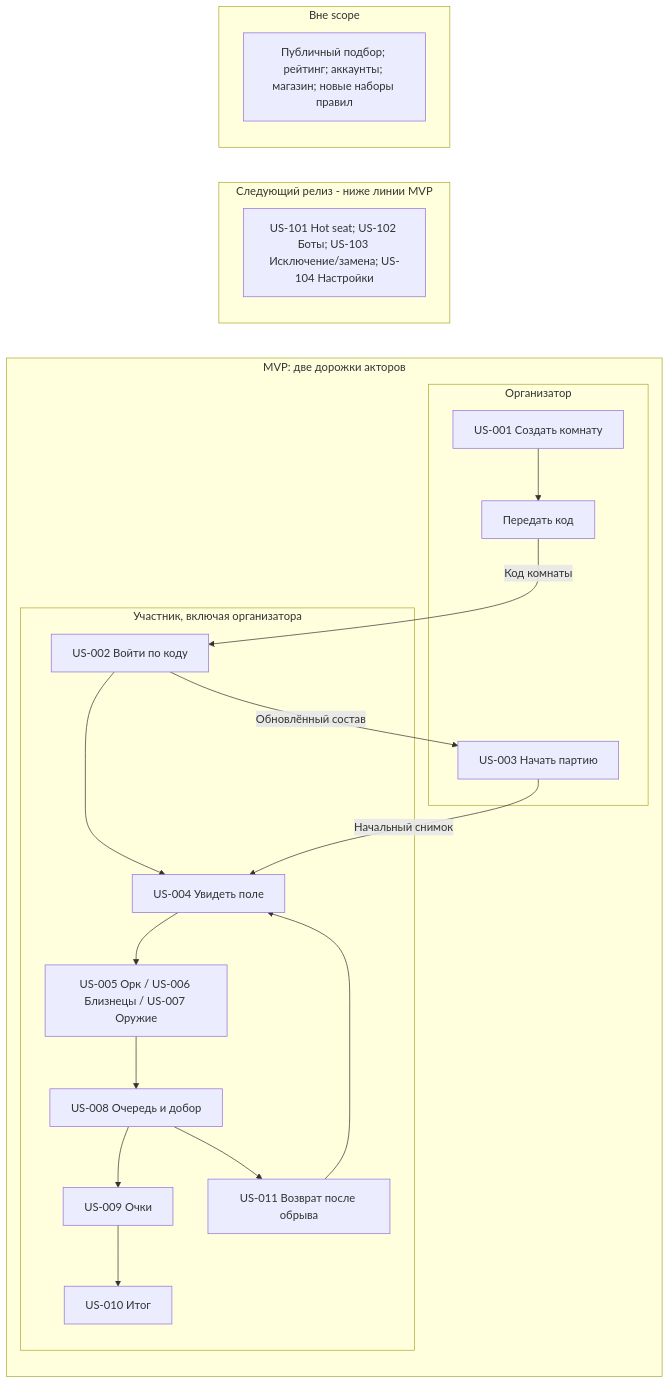
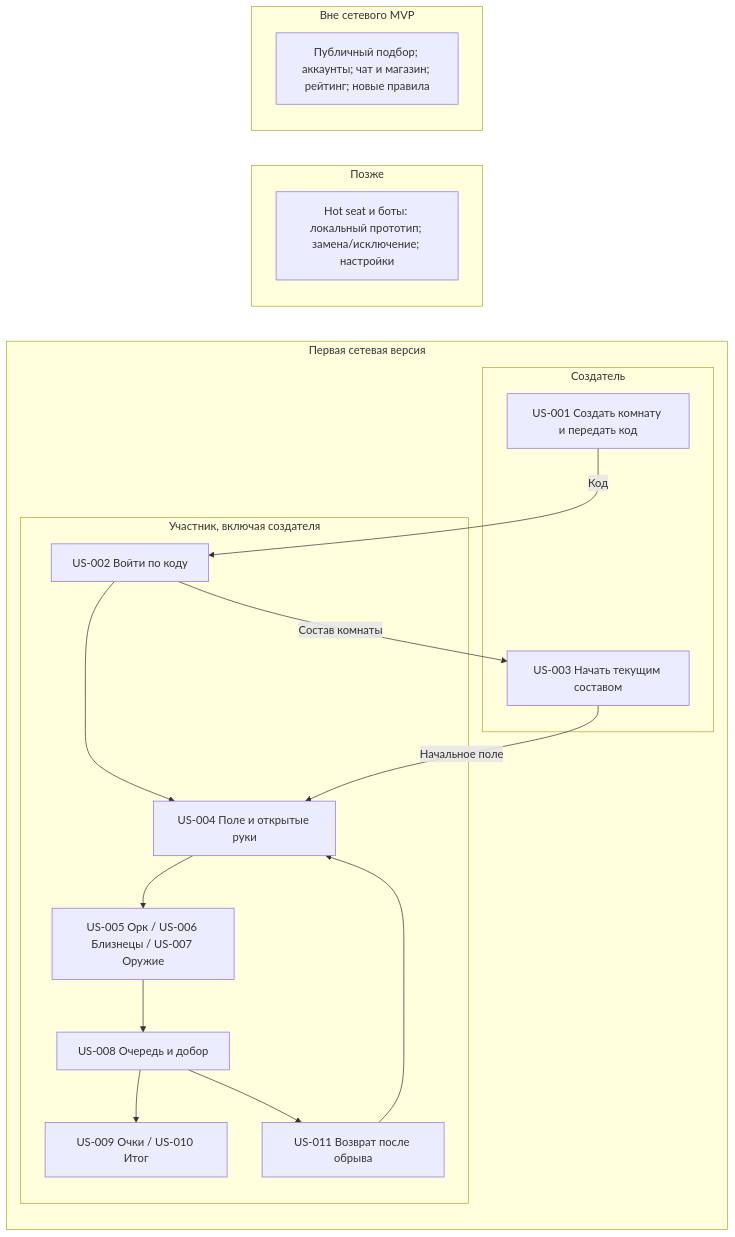
Before and after one commit to dimakogan1234567890/coolest-orc: the diagram in docs/requirements/usm.mmd, drawn with Mermaid. The commit also changed 17 other files, not shown here.

```diff
--- a/docs/requirements/usm.mmd
+++ b/docs/requirements/usm.mmd
@@ -1,22 +1,23 @@
 flowchart LR
- subgraph MVP["MVP: две дорожки акторов"]
-  subgraph HOST["Организатор"]
-   A["US-001 Создать комнату"] --> B["Передать код"]
-   C["US-003 Начать партию"]
+  subgraph MVP["Первая сетевая версия"]
+    subgraph HOST["Создатель"]
+      A["US-001 Создать комнату и передать код"]
+      C["US-003 Начать текущим составом"]
+    end
+    subgraph PLAYER["Участник, включая создателя"]
+      B["US-002 Войти по коду"] --> D["US-004 Поле и открытые руки"]
+      D --> E["US-005 Орк / US-006 Близнецы / US-007 Оружие"]
+      E --> F["US-008 Очередь и добор"]
+      F --> G["US-009 Очки / US-010 Итог"]
+      F --> H["US-011 Возврат после обрыва"] --> D
+    end
+    A -->|"Код"| B
+    B -->|"Состав комнаты"| C
+    C -->|"Начальное поле"| D
   end
-  subgraph PLAYER["Участник, включая организатора"]
-   D["US-002 Войти по коду"] --> E["US-004 Увидеть поле"]
-   E --> F["US-005 Орк / US-006 Близнецы / US-007 Оружие"]
-   F --> G["US-008 Очередь и добор"] --> H["US-009 Очки"] --> I["US-010 Итог"]
-   G --> J["US-011 Возврат после обрыва"] --> E
+  subgraph LATER["Позже"]
+    I["Hot seat и боты: локальный прототип; замена/исключение; настройки"]
   end
-  B -->|"Код комнаты"| D
-  D -->|"Обновлённый состав"| C
-  C -->|"Начальный снимок"| E
- end
- subgraph LATER["Следующий релиз - ниже линии MVP"]
-  K["US-101 Hot seat; US-102 Боты; US-103 Исключение/замена; US-104 Настройки"]
- end
- subgraph OUT["Вне scope"]
-  L["Публичный подбор; рейтинг; аккаунты; магазин; новые наборы правил"]
- end
+  subgraph OUT["Вне сетевого MVP"]
+    J["Публичный подбор; аккаунты; чат и магазин; рейтинг; новые правила"]
+  end
```
